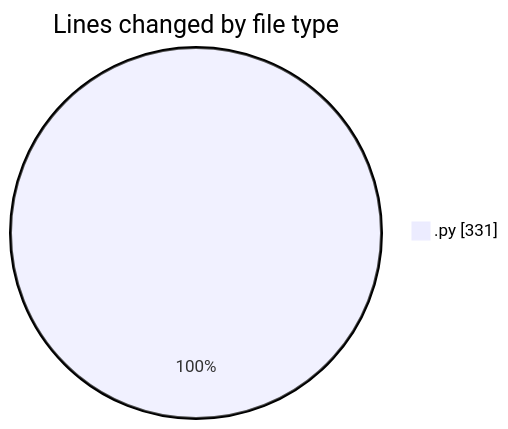
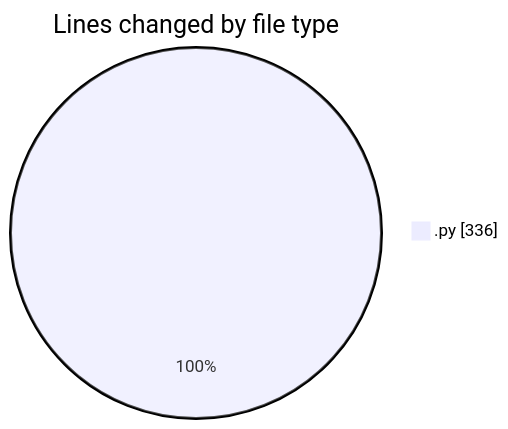
The first of 2 diagrams in 2025-03-18/myws__workspace_/README.md (MatusMokan/code-tracking), drawn with Mermaid before and after one commit. The commit also changed other lines of this file and 1 other file, not shown here.

````diff
--- a/2025-03-18/myws__workspace_/README.md
+++ b/2025-03-18/myws__workspace_/README.md
@@ -21,5 +21,5 @@
 ```mermaid
 pie showData
 title Lines changed by file type
-".py" : 331
+".py" : 336
 ```
````
